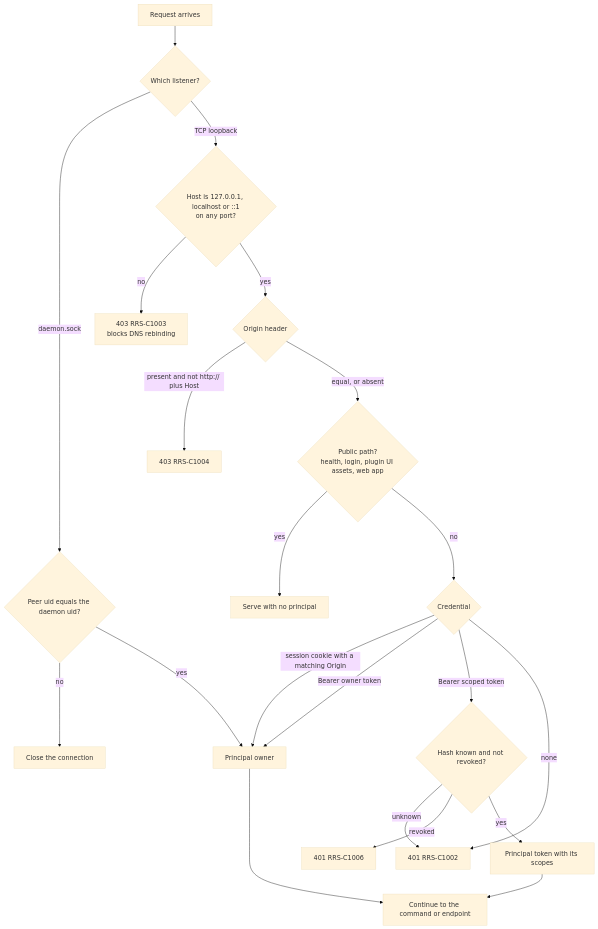
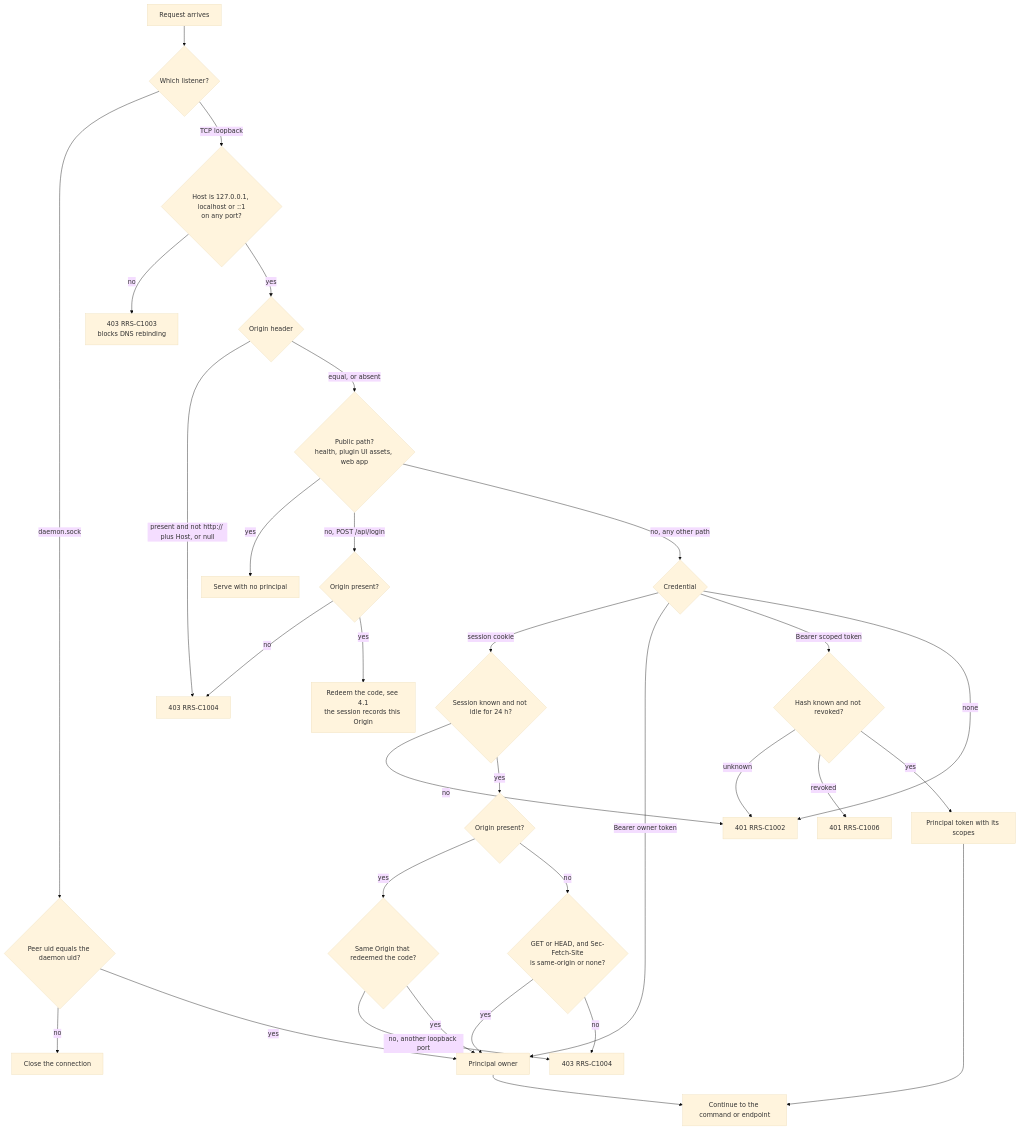
One commit to Snubiss/RASTAI-Research-Studio changed diagram 17 of 55 in docs/architecture/flows/platform.md. Above: the diagram before and after it, drawn with Mermaid (base theme). The commit also changed other lines of this file and 44 other files, not shown here.

````diff
--- a/docs/architecture/flows/platform.md
+++ b/docs/architecture/flows/platform.md
@@ -794,23 +819,34 @@
 ```mermaid
 flowchart TD
   A["Request arrives"] --> T{"Which listener?"}
   T -->|"daemon.sock"| PC{"Peer uid equals the daemon uid?"}
   PC -->|"no"| R0["Close the connection"]
   PC -->|"yes"| OWN["Principal owner"]
   T -->|"TCP loopback"| H{"Host is 127.0.0.1, localhost or ::1<br/>on any port?"}
   H -->|"no"| R1["403 RRS-C1003<br/>blocks DNS rebinding"]
   H -->|"yes"| O{"Origin header"}
-  O -->|"present and not http:// plus Host"| R2["403 RRS-C1004"]
-  O -->|"equal, or absent"| PUB{"Public path?<br/>health, login, plugin UI assets, web app"}
+  O -->|"present and not http:// plus Host, or null"| R2["403 RRS-C1004"]
+  O -->|"equal, or absent"| PUB{"Public path?<br/>health, plugin UI assets, web app"}
   PUB -->|"yes"| PASS["Serve with no principal"]
-  PUB -->|"no"| CR{"Credential"}
-  CR -->|"session cookie with a matching Origin"| OWN
+  PUB -->|"no, POST /api/login"| LG{"Origin present?"}
+  LG -->|"no"| R2
+  LG -->|"yes"| LOGIN["Redeem the code, see 4.1<br/>the session records this Origin"]
+  PUB -->|"no, any other path"| CR{"Credential"}
+  CR -->|"session cookie"| SK{"Session known and not idle for 24 h?"}
+  SK -->|"no"| R3["401 RRS-C1002"]
+  SK -->|"yes"| SO{"Origin present?"}
+  SO -->|"yes"| SB{"Same Origin that redeemed the code?"}
+  SB -->|"no, another loopback port"| R5["403 RRS-C1004"]
+  SB -->|"yes"| OWN
+  SO -->|"no"| SF{"GET or HEAD, and Sec-Fetch-Site<br/>is same-origin or none?"}
+  SF -->|"yes"| OWN
+  SF -->|"no"| R5
   CR -->|"Bearer owner token"| OWN
   CR -->|"Bearer scoped token"| TK{"Hash known and not revoked?"}
-  TK -->|"unknown"| R3["401 RRS-C1002"]
+  TK -->|"unknown"| R3
   TK -->|"revoked"| R4["401 RRS-C1006"]
   TK -->|"yes"| TOKP["Principal token with its scopes"]
   CR -->|"none"| R3
   OWN --> GO["Continue to the command or endpoint"]
   TOKP --> GO
 ```
````
